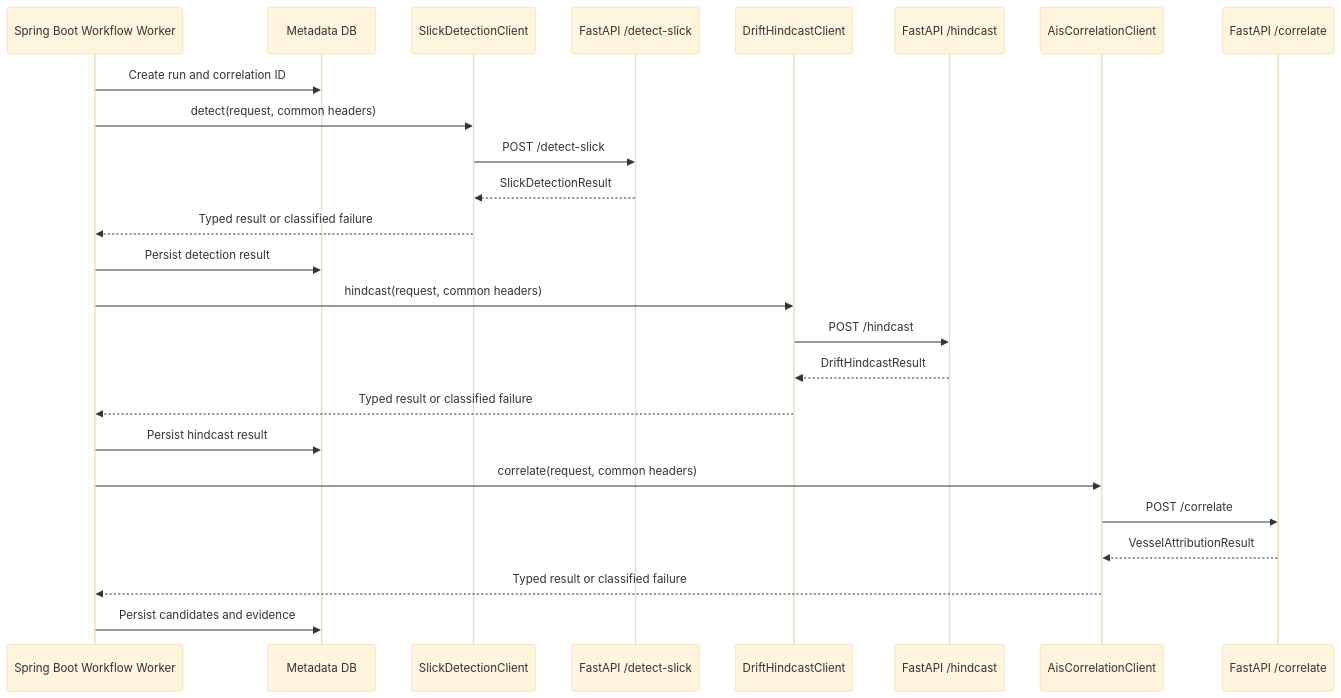
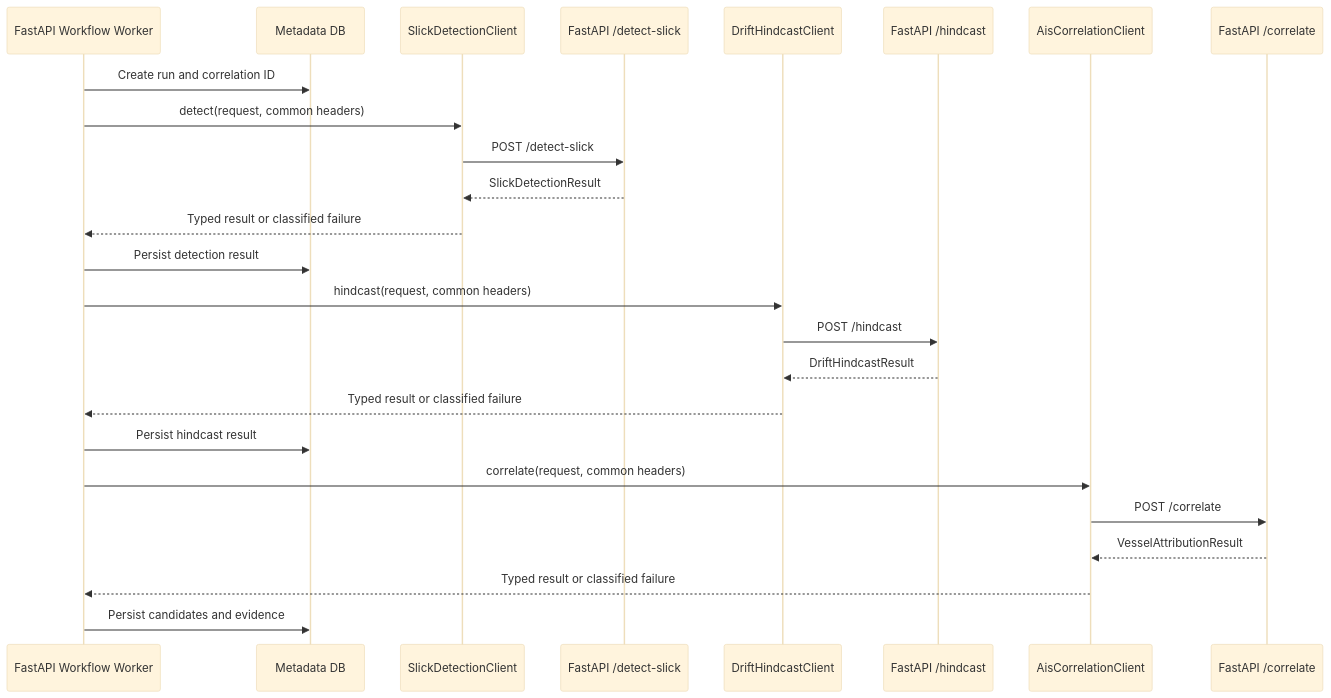
Diagram 15 of 25 in ai-ml-maritime-oil-spill-architecture.md (ankushkumar14092-dot/sih-architecture), drawn with Mermaid (base theme) before and after one commit. The commit also changed other lines of this file and 1 other file, not shown here.

Commit message:
Document FastAPI architecture and implementation plan

````diff
--- a/ai-ml-maritime-oil-spill-architecture.md
+++ b/ai-ml-maritime-oil-spill-architecture.md
@@ -993,30 +993,30 @@
 ```mermaid
 sequenceDiagram
-    participant Worker as Spring Boot Workflow Worker
+    participant Worker as FastAPI Workflow Worker
     participant DB as Metadata DB
     participant DClient as SlickDetectionClient
     participant DAPI as FastAPI /detect-slick
     participant HClient as DriftHindcastClient
     participant HAPI as FastAPI /hindcast
     participant AClient as AisCorrelationClient
     participant AAPI as FastAPI /correlate
 
     Worker->>DB: Create run and correlation ID
     Worker->>DClient: detect(request, common headers)
     DClient->>DAPI: POST /detect-slick
     DAPI-->>DClient: SlickDetectionResult
     DClient-->>Worker: Typed result or classified failure
     Worker->>DB: Persist detection result
 
     Worker->>HClient: hindcast(request, common headers)
     HClient->>HAPI: POST /hindcast
     HAPI-->>HClient: DriftHindcastResult
     HClient-->>Worker: Typed result or classified failure
     Worker->>DB: Persist hindcast result
 
     Worker->>AClient: correlate(request, common headers)
     AClient->>AAPI: POST /correlate
     AAPI-->>AClient: VesselAttributionResult
     AClient-->>Worker: Typed result or classified failure
     Worker->>DB: Persist candidates and evidence
 ```
````
